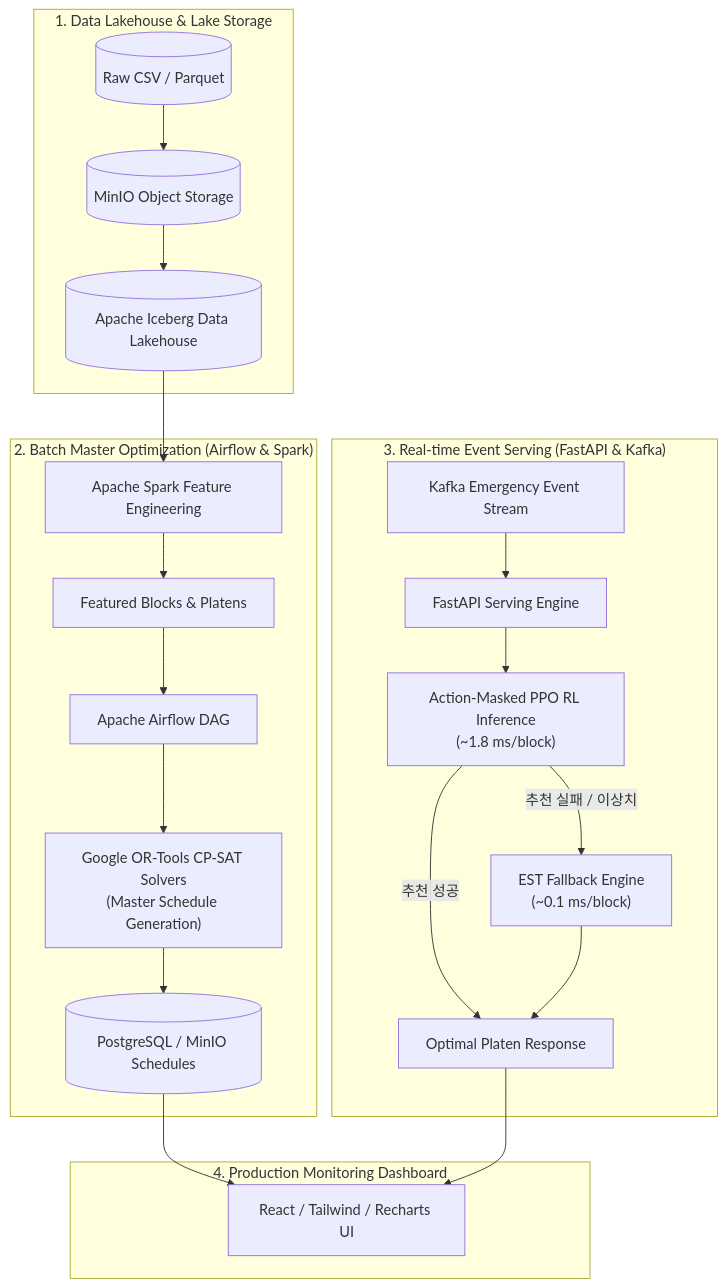
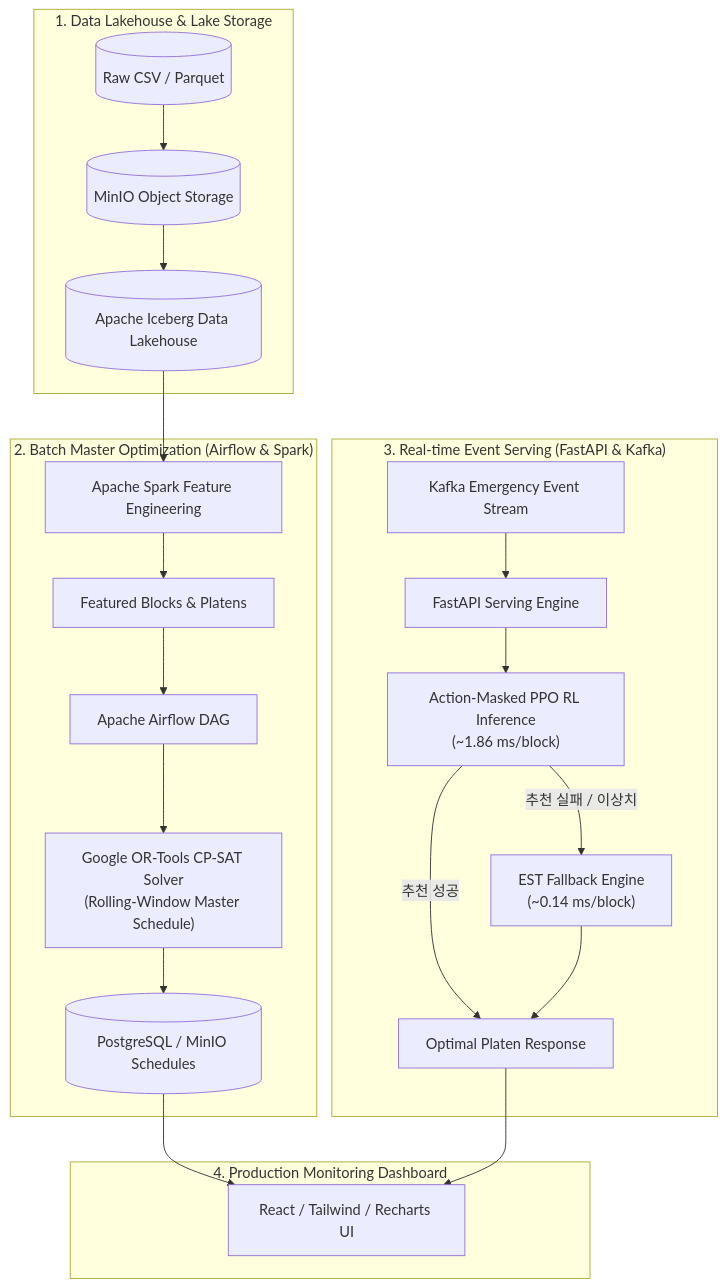
Before and after one commit to pihet/samsung_project: the diagram in 2차프로젝트/README.md, drawn with Mermaid. The commit also changed other lines of this file, not shown here.

````diff
--- a/2차프로젝트/README.md
+++ b/2차프로젝트/README.md
@@ -35,28 +36,28 @@
 ```mermaid
 flowchart TD
     subgraph Storage ["1. Data Lakehouse & Lake Storage"]
         RawData[(Raw CSV / Parquet)] --> MinIO[(MinIO Object Storage)]
         MinIO --> Iceberg[(Apache Iceberg Data Lakehouse)]
     end
 
     subgraph BatchPipeline ["2. Batch Master Optimization (Airflow & Spark)"]
         Iceberg --> Spark[Apache Spark Feature Engineering]
         Spark --> ProcessedFeatures[Featured Blocks & Platens]
         ProcessedFeatures --> Airflow[Apache Airflow DAG]
-        Airflow --> CP_SAT["Google OR-Tools CP-SAT Solvers<br/>(Master Schedule Generation)"]
+        Airflow --> CP_SAT["Google OR-Tools CP-SAT Solver<br/>(Rolling-Window Master Schedule)"]
         CP_SAT --> ScheduleDB[(PostgreSQL / MinIO Schedules)]
     end
 
     subgraph Serving ["3. Real-time Event Serving (FastAPI & Kafka)"]
         Kafka[Kafka Emergency Event Stream] --> FastAPI[FastAPI Serving Engine]
-        FastAPI --> PPO["Action-Masked PPO RL Inference<br/>(~1.8 ms/block)"]
-        PPO -- "추천 실패 / 이상치" --> EST["EST Fallback Engine<br/>(~0.1 ms/block)"]
+        FastAPI --> PPO["Action-Masked PPO RL Inference<br/>(~1.86 ms/block)"]
+        PPO -- "추천 실패 / 이상치" --> EST["EST Fallback Engine<br/>(~0.14 ms/block)"]
         PPO -- "추천 성공" --> Response[Optimal Platen Response]
         EST --> Response
     end
 
     subgraph Dashboard ["4. Production Monitoring Dashboard"]
         ScheduleDB --> React[React / Tailwind / Recharts UI]
         Response --> React
     end
 ```
````
